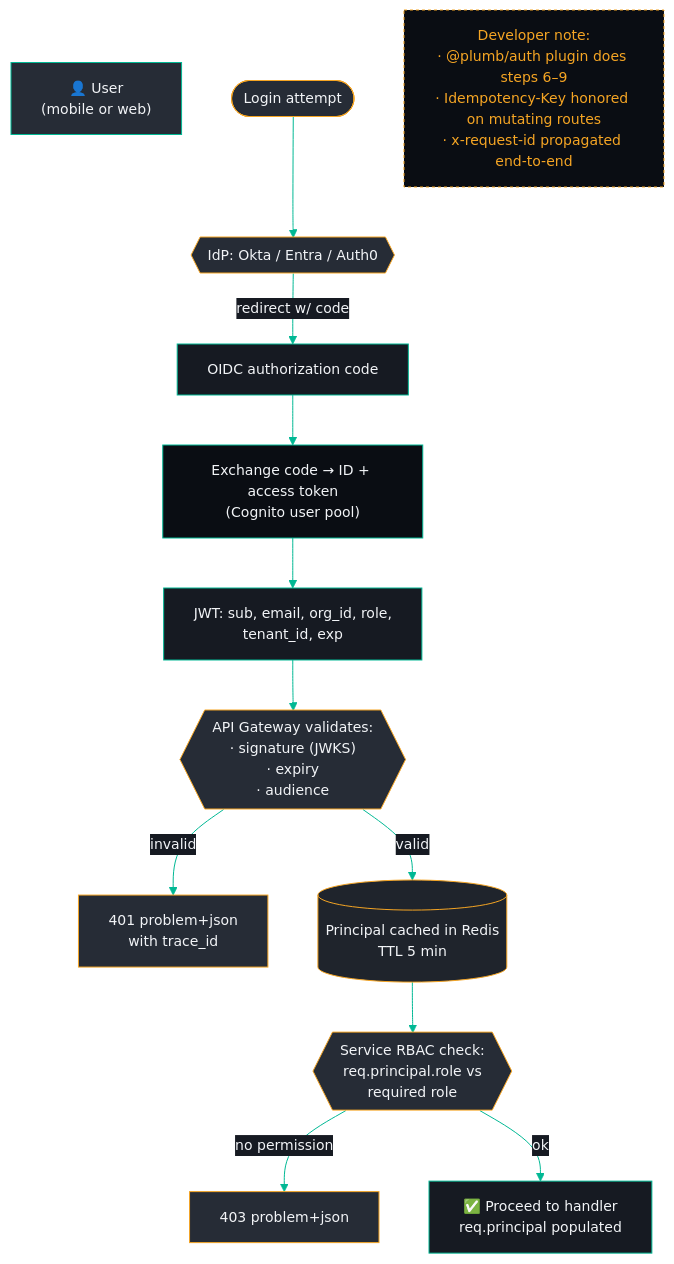
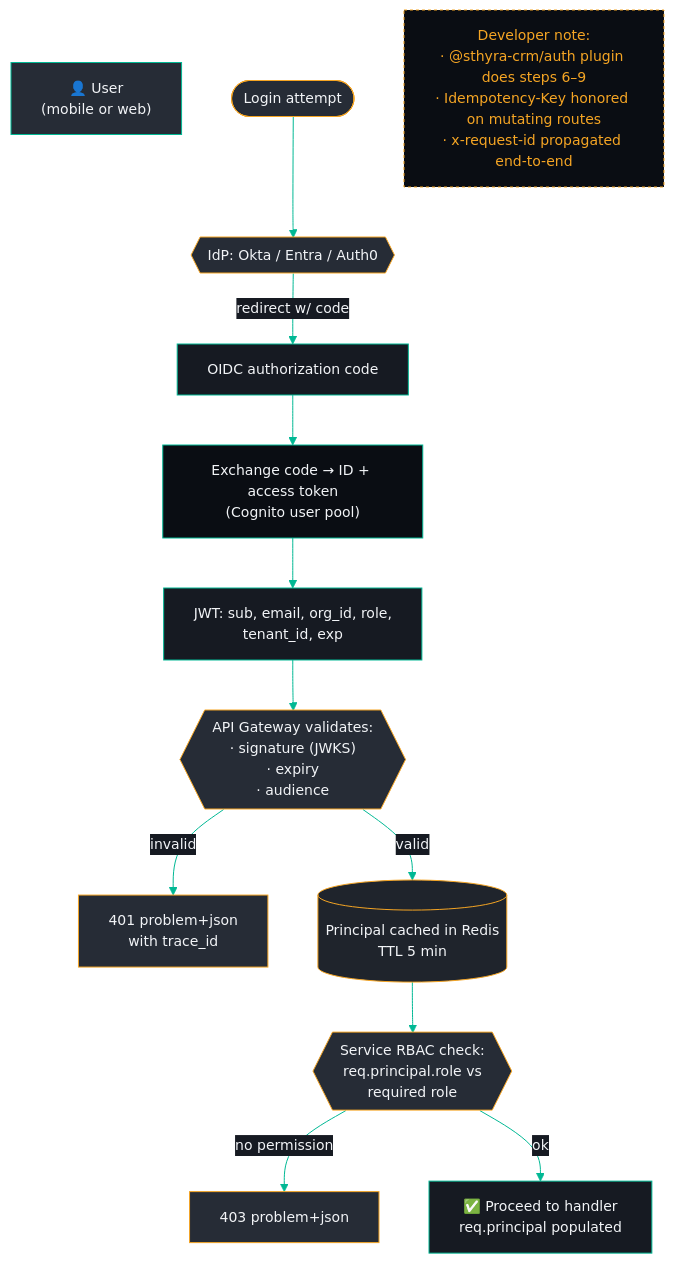
Before and after one commit to mkrmuralireddy98-dev/sthyra-crm: the diagram in docs/dev-flowcharts/dev-01-auth-flow.mmd, drawn with Mermaid. The commit also changed 25 other files, not shown here.

```diff
--- a/docs/dev-flowcharts/dev-01-auth-flow.mmd
+++ b/docs/dev-flowcharts/dev-01-auth-flow.mmd
@@ -1,41 +1,41 @@
 %%{init: {"theme": "base", "themeVariables": {"primaryColor": "#0A0D13", "primaryTextColor": "#F2F4F7", "primaryBorderColor": "#00B894", "lineColor": "#00B894", "secondaryColor": "#161A22", "tertiaryColor": "#262C36", "fontFamily": "Helvetica, Arial, sans-serif", "fontSize": "14px"}}}%%
 flowchart TB
     classDef actor fill:#262C36,stroke:#00B894,color:#F2F4F7
     classDef svc fill:#161A22,stroke:#00B894,color:#F2F4F7
     classDef decide fill:#262C36,stroke:#F5A524,color:#F2F4F7
     classDef store fill:#1F242C,stroke:#F5A524,color:#F2F4F7
 
     User["👤 User<br/>(mobile or web)"]:::actor
 
     Start(["Login attempt"]):::decide
     Idp{{"IdP: Okta / Entra / Auth0"}}
     Code["OIDC authorization code"]:::svc
     Token["Exchange code → ID + access token<br/>(Cognito user pool)"]
     JWT["JWT: sub, email, org_id, role,<br/>tenant_id, exp"]:::svc
 
     Check{{"API Gateway validates:<br/>· signature (JWKS)<br/>· expiry<br/>· audience"}}
     Deny["401 problem+json<br/>with trace_id"]:::decide
     Store[("Principal cached in Redis<br/>TTL 5 min")]:::store
 
     Rbac{{"Service RBAC check:<br/>req.principal.role vs<br/>required role"}}
     Forbid["403 problem+json"]:::decide
     Proceed["✅ Proceed to handler<br/>req.principal populated"]:::svc
 
     Start --> Idp
     Idp -->|"redirect w/ code"| Code
     Code --> Token
     Token --> JWT
     JWT --> Check
     Check -->|invalid| Deny
     Check -->|valid| Store
     Store --> Rbac
     Rbac -->|no permission| Forbid
     Rbac -->|ok| Proceed
 
-    Note["Developer note:<br/>· @plumb/auth plugin does steps 6–9<br/>· Idempotency-Key honored on mutating routes<br/>· x-request-id propagated end-to-end"]
+    Note["Developer note:<br/>· @sthyra-crm/auth plugin does steps 6–9<br/>· Idempotency-Key honored on mutating routes<br/>· x-request-id propagated end-to-end"]
 
     style Note fill:#0A0D13,stroke:#F5A524,color:#F5A524,stroke-width:1px,stroke-dasharray:3 3
     style User fill:#262C36,stroke:#00B894,color:#F2F4F7
     style Idp fill:#262C36,stroke:#F5A524,color:#F2F4F7
     style Check fill:#262C36,stroke:#F5A524,color:#F2F4F7
     style Rbac fill:#262C36,stroke:#F5A524,color:#F2F4F7
```
